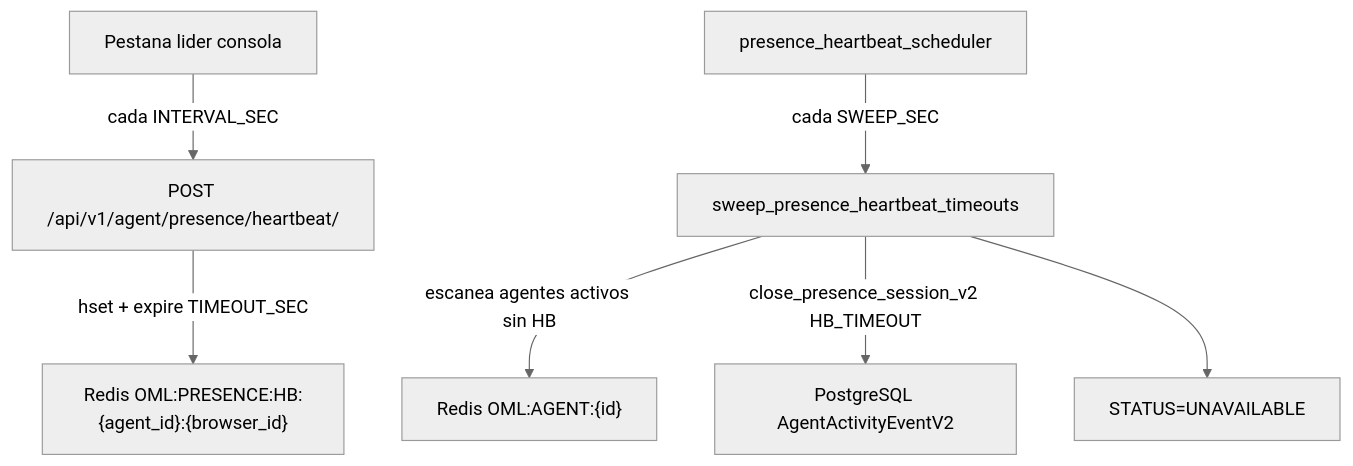
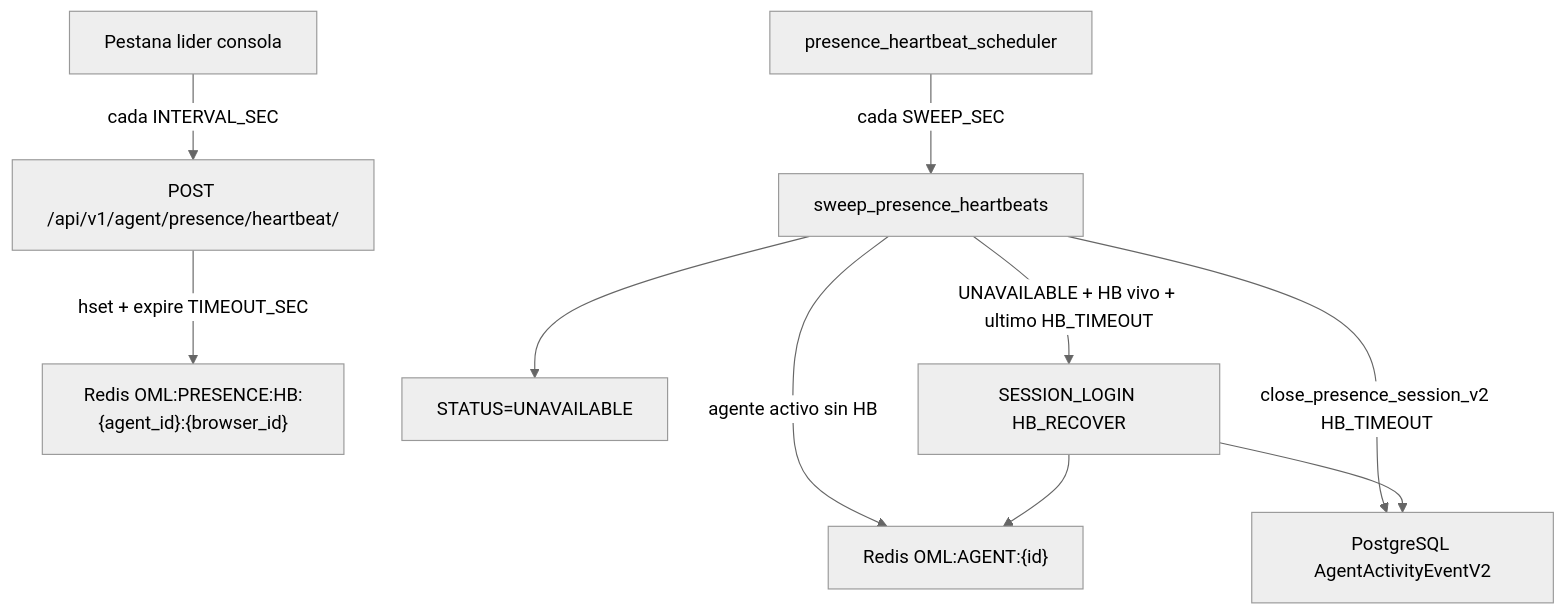
One commit to Freetech-Solutions/ominicontacto changed the first of 2 diagrams in docs/agent_session.md. Above: the diagram before and after it, drawn with Mermaid (neutral theme). The commit also changed other lines of this file and 8 other files, not shown here.

````diff
--- a/docs/agent_session.md
+++ b/docs/agent_session.md
@@ -114,18 +120,22 @@
 ```mermaid
 flowchart TD
     browser[Pestana lider consola]
     api["POST /api/v1/agent/presence/heartbeat/"]
     redisHB["Redis OML:PRESENCE:HB:{agent_id}:{browser_id}"]
     scheduler[presence_heartbeat_scheduler]
-    sweep[sweep_presence_heartbeat_timeouts]
+    sweep[sweep_presence_heartbeats]
     agentKey["Redis OML:AGENT:{id}"]
     v2["PostgreSQL AgentActivityEventV2"]
     unavailable[STATUS=UNAVAILABLE]
+    recover[SESSION_LOGIN HB_RECOVER]
 
     browser -->|"cada INTERVAL_SEC"| api
     api -->|"hset + expire TIMEOUT_SEC"| redisHB
     scheduler -->|"cada SWEEP_SEC"| sweep
-    sweep -->|"escanea agentes activos sin HB"| agentKey
+    sweep -->|"agente activo sin HB"| agentKey
     sweep -->|"close_presence_session_v2 HB_TIMEOUT"| v2
     sweep --> unavailable
+    sweep -->|"UNAVAILABLE + HB vivo + ultimo HB_TIMEOUT"| recover
+    recover --> v2
+    recover --> agentKey
 ```
````
